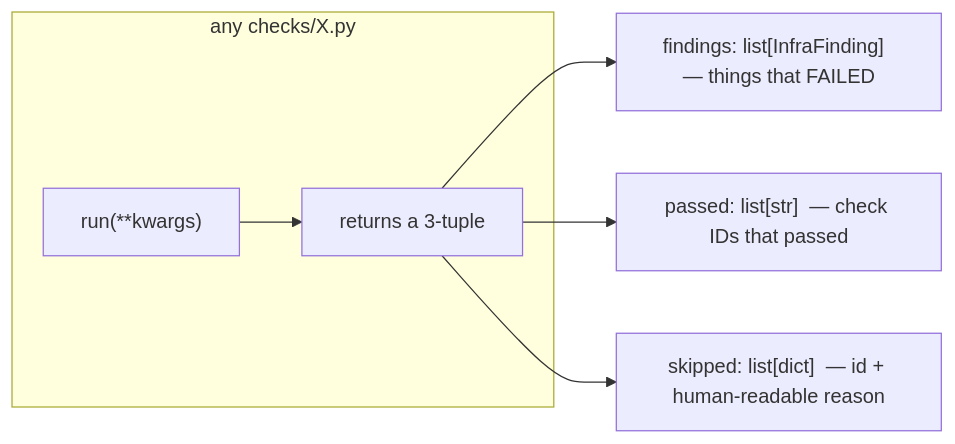
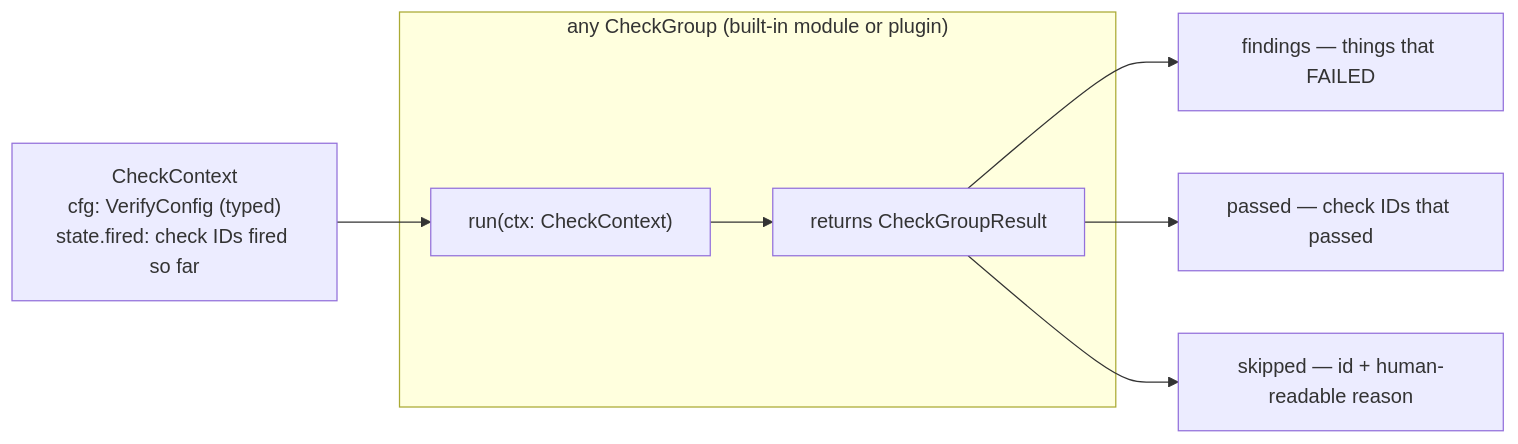
One commit to gdeudney/blastcontain-oss changed the third of 3 diagrams in verify/docs/architecture.md. Above: the diagram before and after it, drawn with Mermaid. The commit also changed other lines of this file and 34 other files, not shown here.

````diff
--- a/verify/docs/architecture.md
+++ b/verify/docs/architecture.md
@@ -143,9 +145,10 @@
 ```mermaid
 flowchart LR
-    subgraph one["any checks/X.py"]
-      R["run(**kwargs)"] --> T["returns a 3-tuple"]
+    subgraph one["any CheckGroup (built-in module or plugin)"]
+      R["run(ctx: CheckContext)"] --> T["returns CheckGroupResult"]
     end
-    T --> F["findings: list[InfraFinding]  — things that FAILED"]
-    T --> P["passed: list[str]  — check IDs that passed"]
-    T --> S["skipped: list[dict]  — id + human-readable reason"]
+    CTX["CheckContext<br/>cfg: VerifyConfig (typed)<br/>state.fired: check IDs fired so far"] --> R
+    T --> F["findings — things that FAILED"]
+    T --> P["passed — check IDs that passed"]
+    T --> S["skipped — id + human-readable reason"]
 ```
````
